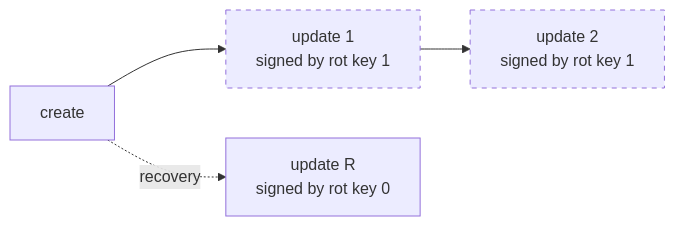
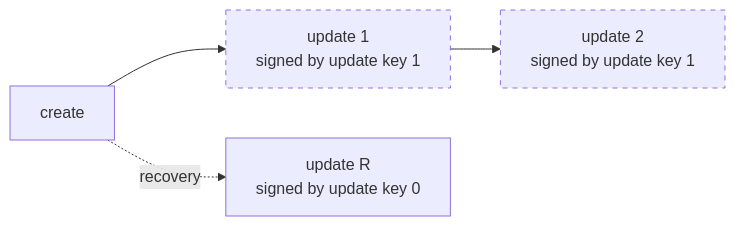
The first of 2 diagrams in spec/01-discovery.md (european-business-wallet/sccp), drawn with Mermaid before and after one commit. The commit also changed other lines of this file and 100 other files, not shown here.

````diff
--- a/spec/01-discovery.md
+++ b/spec/01-discovery.md
@@ -227,9 +227,9 @@
 ```mermaid
 flowchart LR
-    C[create] --> U1[update 1<br/>signed by rot key 1]
-    U1 --> U2[update 2<br/>signed by rot key 1]
-    C -. recovery .-> R[update R<br/>signed by rot key 0]
-    U1:::nullified
-    U2:::nullified
-    classDef nullified stroke-dasharray: 5 5
+    C[create] --> U1[update 1<br/>signed by update key 1]
+    U1 --> U2[update 2<br/>signed by update key 1]
+    C -. recovery .-> R[update R<br/>signed by update key 0]
+    U1:::overridden
+    U2:::overridden
+    classDef overridden stroke-dasharray: 5 5
 ```
````
